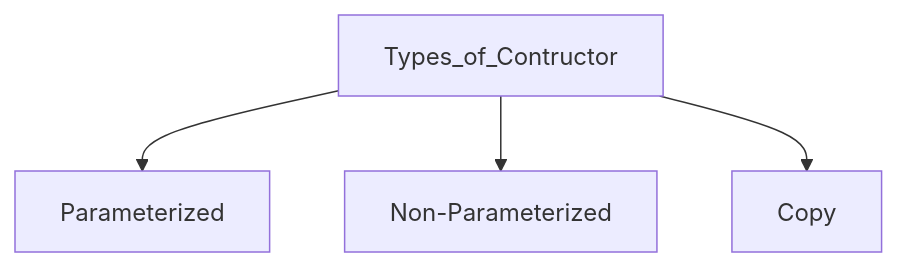
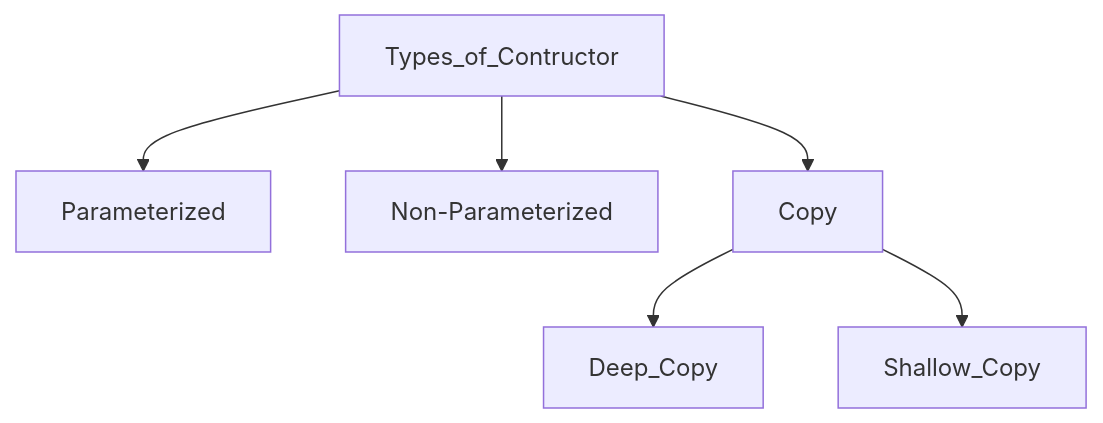
The diagram in readme.md (tusharkhanna575/Object-Oriented-Programming), drawn with Mermaid before and after one commit. The commit also changed other lines of this file and 3 other files, not shown here.

Commit message:
added 1. deep & shallow copy 2. types of constructor

````diff
--- a/readme.md
+++ b/readme.md
@@ -140,6 +140,8 @@
 ```mermaid
 flowchart TD;
     Types_of_Contructor-->Parameterized;
     Types_of_Contructor-->Non-Parameterized;
     Types_of_Contructor-->Copy;
+    Copy-->Deep_Copy;
+    Copy-->Shallow_Copy
 ```
````
